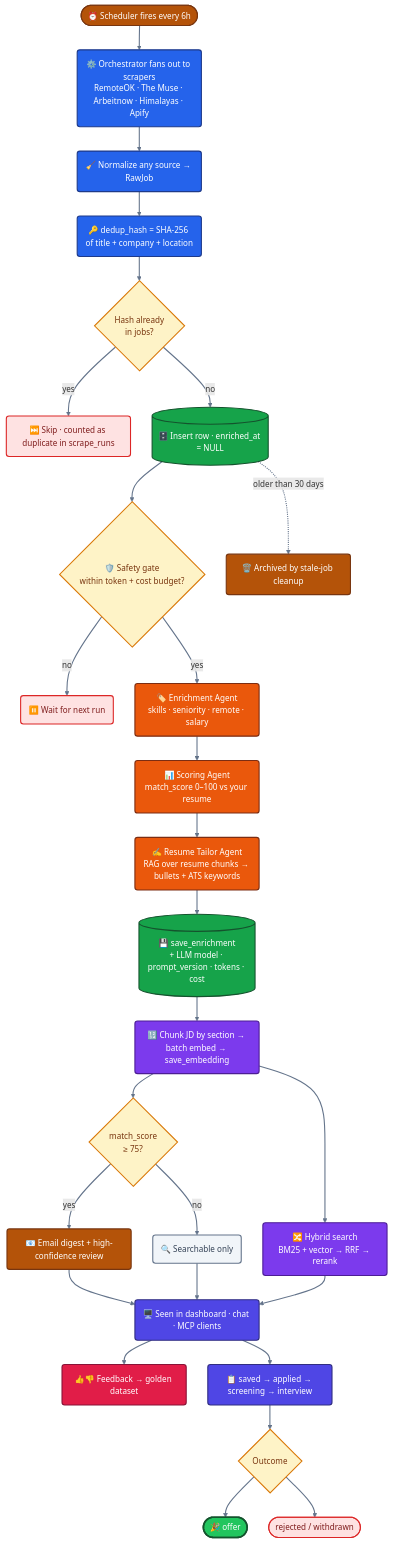
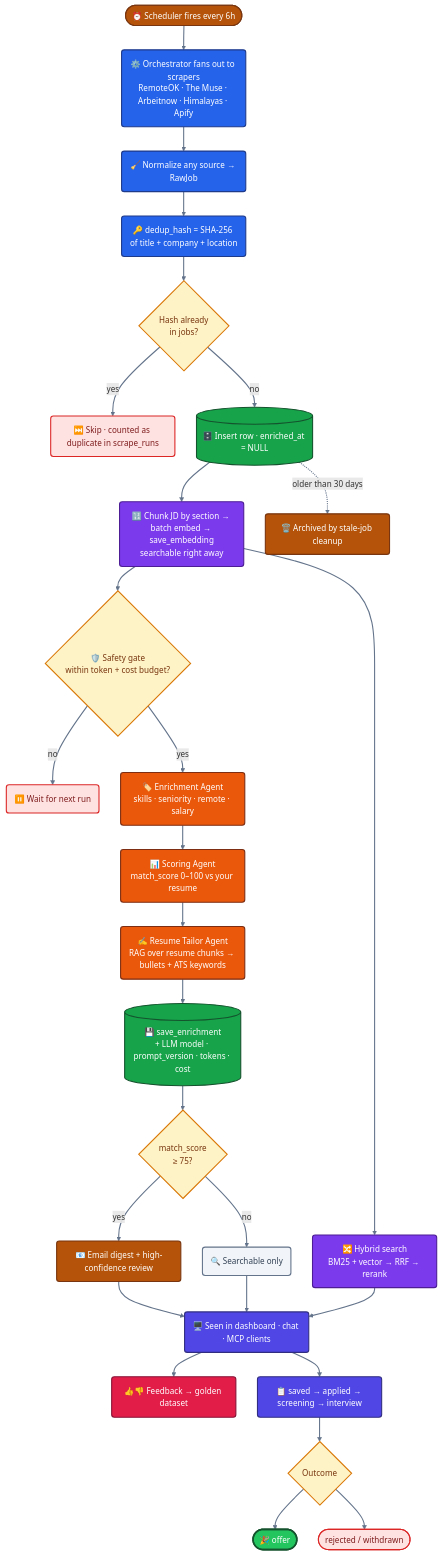
One commit to sureshkunku/ai-job-search changed the second of 4 diagrams in README.md. Above: the diagram before and after it, drawn with Mermaid. The commit also changed other lines of this file and 19 other files, not shown here.

````diff
--- a/README.md
+++ b/README.md
@@ -151,58 +151,58 @@
 ```mermaid
 %%{init: {"flowchart": {"curve": "basis", "nodeSpacing": 40, "rankSpacing": 45}, "themeVariables": {"fontFamily": "Segoe UI, Helvetica, Arial, sans-serif", "fontSize": "15px"}}}%%
 flowchart TD
     A(["⏰ Scheduler fires every 6h"]) --> B("⚙️ Orchestrator fans out to scrapers<br/>RemoteOK · The Muse · Arbeitnow · Himalayas · Apify")
     B --> C("🧹 Normalize any source → RawJob")
     C --> D("🔑 dedup_hash = SHA-256 of title + company + location")
     D --> E{"Hash already<br/>in jobs?"}
     E -->|yes| X("⏭️ Skip · counted as duplicate in scrape_runs")
     E -->|no| F[("🗄️ Insert row · enriched_at = NULL")]
 
-    F --> G{"🛡️ Safety gate<br/>within token + cost budget?"}
+    F --> L("🔢 Chunk JD by section → batch embed → save_embedding<br/>searchable right away")
+    L --> G{"🛡️ Safety gate<br/>within token + cost budget?"}
     G -->|no| W("⏸️ Wait for next run")
     G -->|yes| H("🏷️ Enrichment Agent<br/>skills · seniority · remote · salary")
     H --> I("📊 Scoring Agent<br/>match_score 0–100 vs your resume")
     I --> J("✍️ Resume Tailor Agent<br/>RAG over resume chunks → bullets + ATS keywords")
     J --> K[("💾 save_enrichment<br/>+ LLM model · prompt_version · tokens · cost")]
 
-    K --> L("🔢 Chunk JD by section → batch embed → save_embedding")
-    L --> M{"match_score<br/>≥ 75?"}
+    K --> M{"match_score<br/>≥ 75?"}
     M -->|yes| N("📧 Email digest + high-confidence review")
     M -->|no| O("🔍 Searchable only")
     L --> P("🔀 Hybrid search<br/>BM25 + vector → RRF → rerank")
     N --> Q("🖥️ Seen in dashboard · chat · MCP clients")
     O --> Q
     P --> Q
 
     Q --> R("👍👎 Feedback → golden dataset")
     Q --> S("📋 saved → applied → screening → interview")
     S --> T{"Outcome"}
     T --> U(["🎉 offer"])
     T --> V(["rejected / withdrawn"])
     F -.->|"older than 30 days"| Z("🗑️ Archived by stale-job cleanup")
 
     classDef auto fill:#B45309,stroke:#78350F,color:#fff,stroke-width:2px
     classDef ingest fill:#2563EB,stroke:#1E3A8A,color:#fff,stroke-width:2px
     classDef db fill:#16A34A,stroke:#14532D,color:#fff,stroke-width:2px
     classDef agent fill:#EA580C,stroke:#7C2D12,color:#fff,stroke-width:2px
     classDef rag fill:#7C3AED,stroke:#4C1D95,color:#fff,stroke-width:2px
     classDef serve fill:#4F46E5,stroke:#312E81,color:#fff,stroke-width:2px
     classDef eval fill:#E11D48,stroke:#881337,color:#fff,stroke-width:2px
     classDef decide fill:#FEF3C7,stroke:#D97706,color:#78350F,stroke-width:2px
     classDef bad fill:#FEE2E2,stroke:#DC2626,color:#7F1D1D,stroke-width:2px
     classDef good fill:#22C55E,stroke:#14532D,color:#fff,stroke-width:3px
     classDef muted fill:#F1F5F9,stroke:#64748B,color:#334155,stroke-width:2px
 
     class A,N,Z auto
     class B,C,D ingest
     class F,K db
     class H,I,J agent
     class L,P rag
     class Q,S serve
     class R eval
     class E,G,M,T decide
     class X,W,V bad
     class U good
     class O muted
     linkStyle default stroke:#64748B,stroke-width:2px
 ```
````
